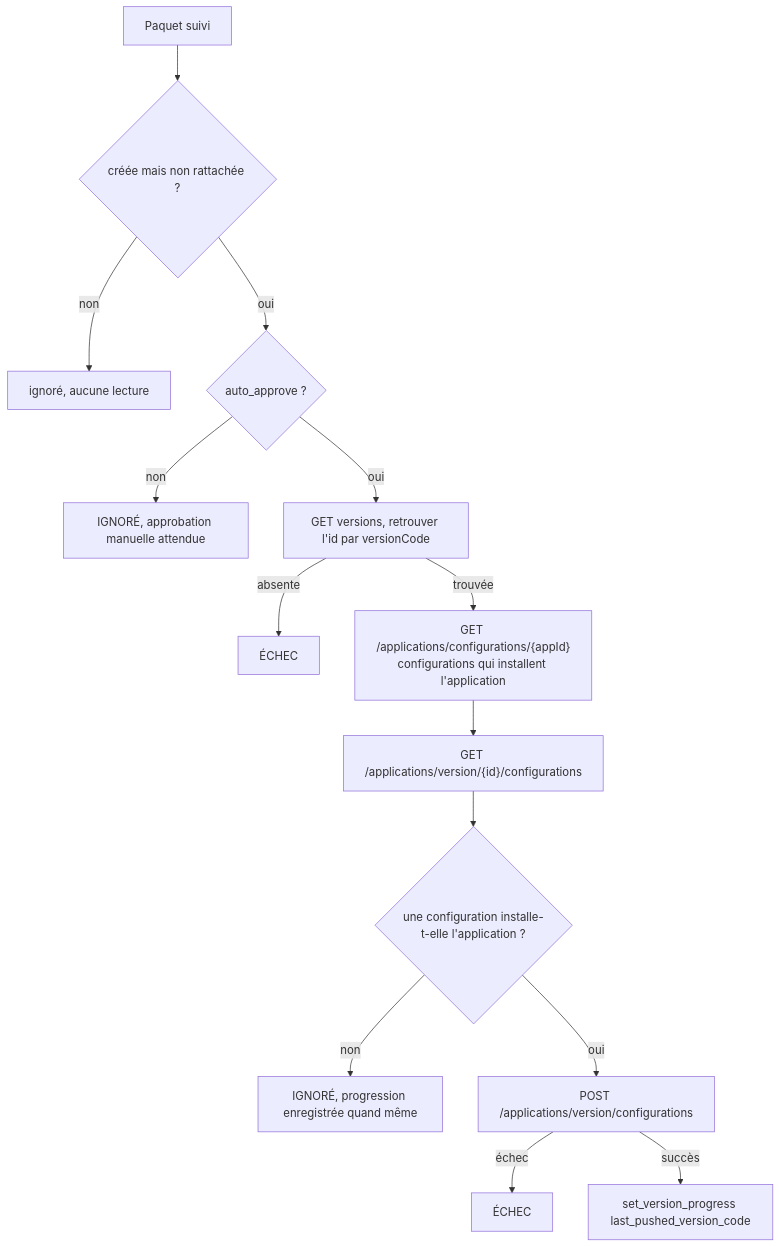
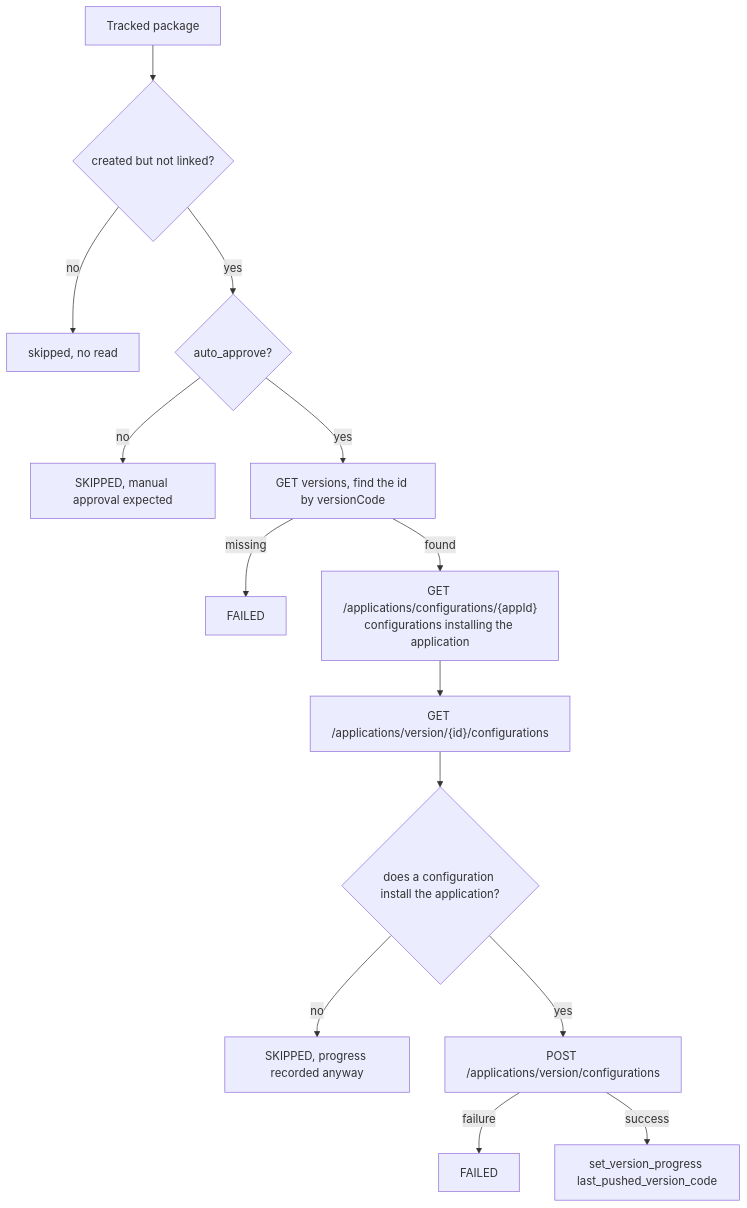
Before and after one commit to Sarcouy/fdroid-headwind-mirror: the fifth of 5 diagrams in docs/architecture.md, drawn with Mermaid. The commit also changed other lines of this file and 8 other files, not shown here.

````diff
--- a/docs/architecture.md
+++ b/docs/architecture.md
@@ -877,16 +866,16 @@
 ```mermaid
 flowchart TD
-    A[Paquet suivi] --> B{créée mais non rattachée ?}
-    B -- non --> Z[ignoré, aucune lecture]
-    B -- oui --> C{auto_approve ?}
-    C -- non --> S1[IGNORÉ, approbation manuelle attendue]
-    C -- oui --> D[GET versions, retrouver l'id par versionCode]
-    D -- absente --> S2[ÉCHEC]
-    D -- trouvée --> L["GET /applications/configurations/{appId}<br/>configurations qui installent l'application"]
+    A[Tracked package] --> B{created but not linked?}
+    B -- no --> Z[skipped, no read]
+    B -- yes --> C{auto_approve?}
+    C -- no --> S1[SKIPPED, manual approval expected]
+    C -- yes --> D[GET versions, find the id by versionCode]
+    D -- missing --> S2[FAILED]
+    D -- found --> L["GET /applications/configurations/{appId}<br/>configurations installing the application"]
     L --> E["GET /applications/version/{id}/configurations"]
-    E --> F{une configuration installe-t-elle l'application ?}
-    F -- non --> S3[IGNORÉ, progression enregistrée quand même]
-    F -- oui --> G[POST /applications/version/configurations]
-    G -- échec --> S4[ÉCHEC]
-    G -- succès --> H[set_version_progress last_pushed_version_code]
+    E --> F{does a configuration install the application?}
+    F -- no --> S3[SKIPPED, progress recorded anyway]
+    F -- yes --> G[POST /applications/version/configurations]
+    G -- failure --> S4[FAILED]
+    G -- success --> H[set_version_progress last_pushed_version_code]
 ```
````
